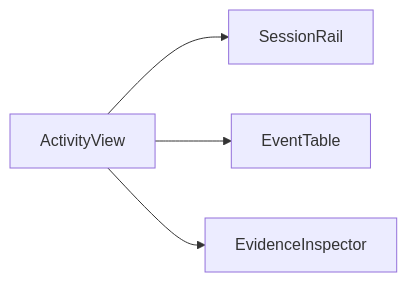
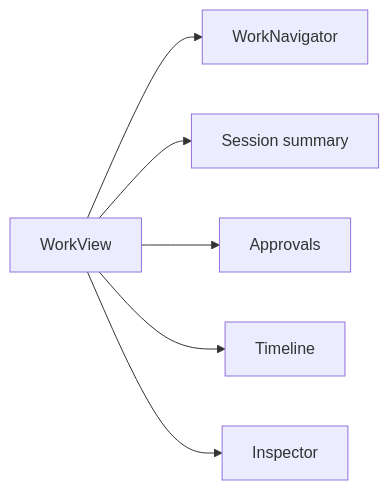
One commit to Spatial-Duality/Manifold changed the second of 5 diagrams in docs/ui-map.md. Above: the diagram before and after it, drawn with Mermaid. The commit also changed other lines of this file and 84 other files, not shown here.

````diff
--- a/docs/ui-map.md
+++ b/docs/ui-map.md
@@ -101,6 +47,8 @@
 ```mermaid
 flowchart LR
-    A["ActivityView"] --> B["SessionRail"]
-    A --> C["EventTable"]
-    A --> D["EvidenceInspector"]
+    A["WorkView"] --> B["WorkNavigator"]
+    A --> C["Session summary"]
+    A --> D["Approvals"]
+    A --> E["Timeline"]
+    A --> F["Inspector"]
 ```
````
